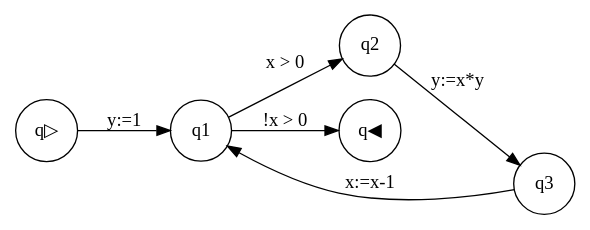
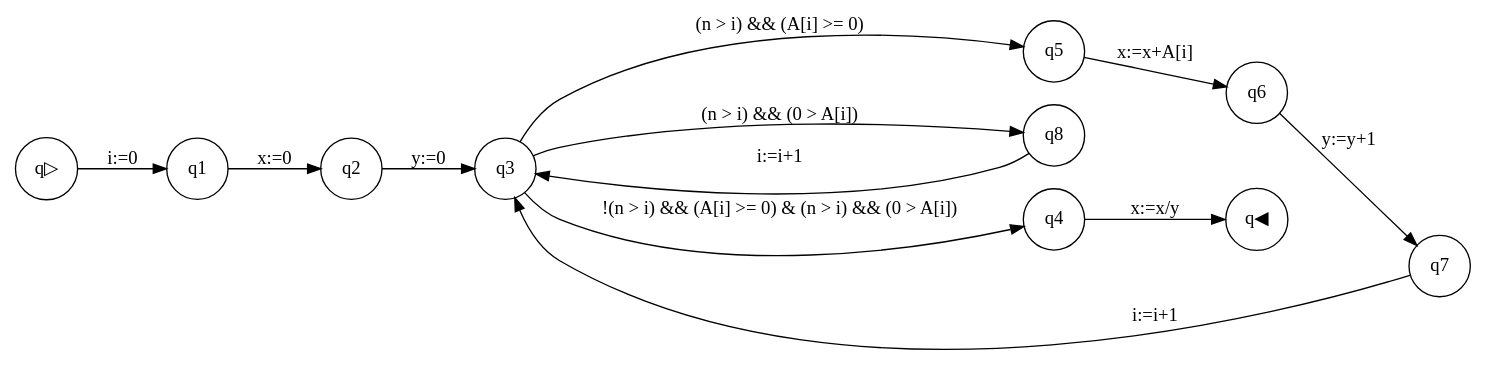
Before and after one commit to Luppilau/Parser: the diagram in Parser/src/input-output/output.dot, drawn with Graphviz. The commit also changed 10 other files, not shown here.

```diff
--- a/Parser/src/input-output/output.dot
+++ b/Parser/src/input-output/output.dot
@@ -1,9 +1,15 @@
 digraph G {
 rankdir=LR;
 node [shape = circle]
-q▷ -> q1 [label="y:=1"] 
-q2 -> q3 [label="y:=x*y"] 
-q3 -> q1 [label="x:=x-1"] 
-q1 -> q2 [label="x > 0"] 
-q1 -> q◀ [label="!x > 0"] 
+q▷ -> q1 [label="i:=0"] 
+q1 -> q2 [label="x:=0"] 
+q2 -> q3 [label="y:=0"] 
+q5 -> q6 [label="x:=x+A[i]"] 
+q6 -> q7 [label="y:=y+1"] 
+q7 -> q3 [label="i:=i+1"] 
+q3 -> q5 [label="(n > i) && (A[i] >= 0)"] 
+q8 -> q3 [label="i:=i+1"] 
+q3 -> q8 [label="(n > i) && (0 > A[i])"] 
+q3 -> q4 [label="!(n > i) && (A[i] >= 0) & (n > i) && (0 > A[i])"] 
+q4 -> q◀ [label="x:=x/y"] 
 }
```
